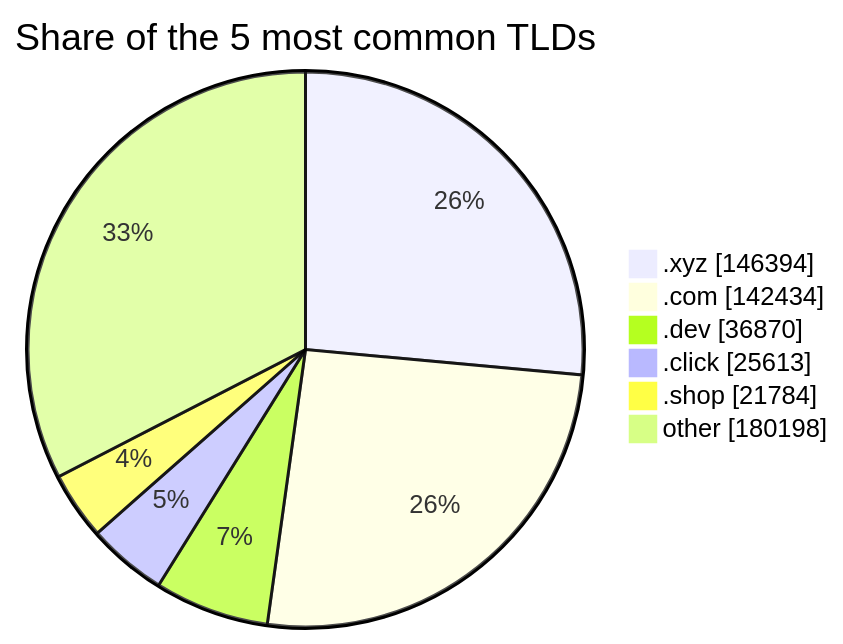
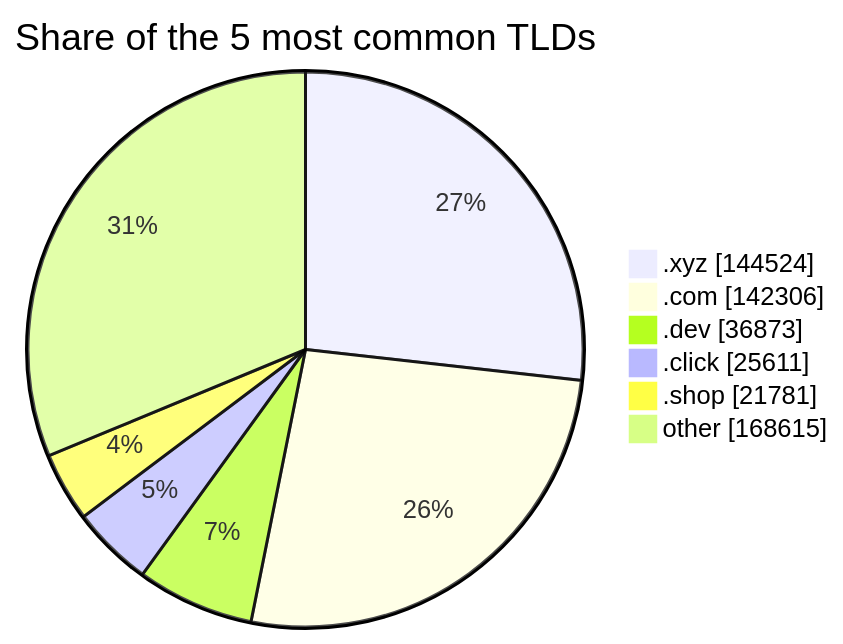
One commit to DNSBunker/CTI changed the third of 3 diagrams in README.md. Above: the diagram before and after it, drawn with Mermaid. The commit also changed other lines of this file and 3 other files, not shown here.

````diff
--- a/README.md
+++ b/README.md
@@ -81,9 +81,9 @@
 ```mermaid
 pie showData title Share of the 5 most common TLDs
-    ".xyz" : 146394
-    ".com" : 142434
-    ".dev" : 36870
-    ".click" : 25613
-    ".shop" : 21784
-    "other" : 180198
+    ".xyz" : 144524
+    ".com" : 142306
+    ".dev" : 36873
+    ".click" : 25611
+    ".shop" : 21781
+    "other" : 168615
 ```
````
